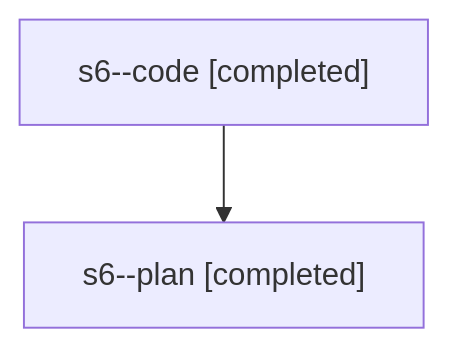
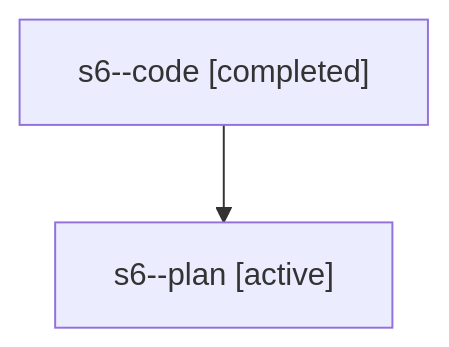
One commit to sase-org/sase--agents changed the diagram in families/bbugyi200.athena.s6.md. Above: the diagram before and after it, drawn with Mermaid. The commit also changed other lines of this file and 5813 other files, not shown here.

````diff
--- a/families/bbugyi200.athena.s6.md
+++ b/families/bbugyi200.athena.s6.md
@@ -9,6 +9,6 @@
 ```mermaid
 flowchart TD
   n0["s6--code [completed]"]
-  n1["s6--plan [completed]"]
+  n1["s6--plan [active]"]
   n0 --> n1
 ```
````
